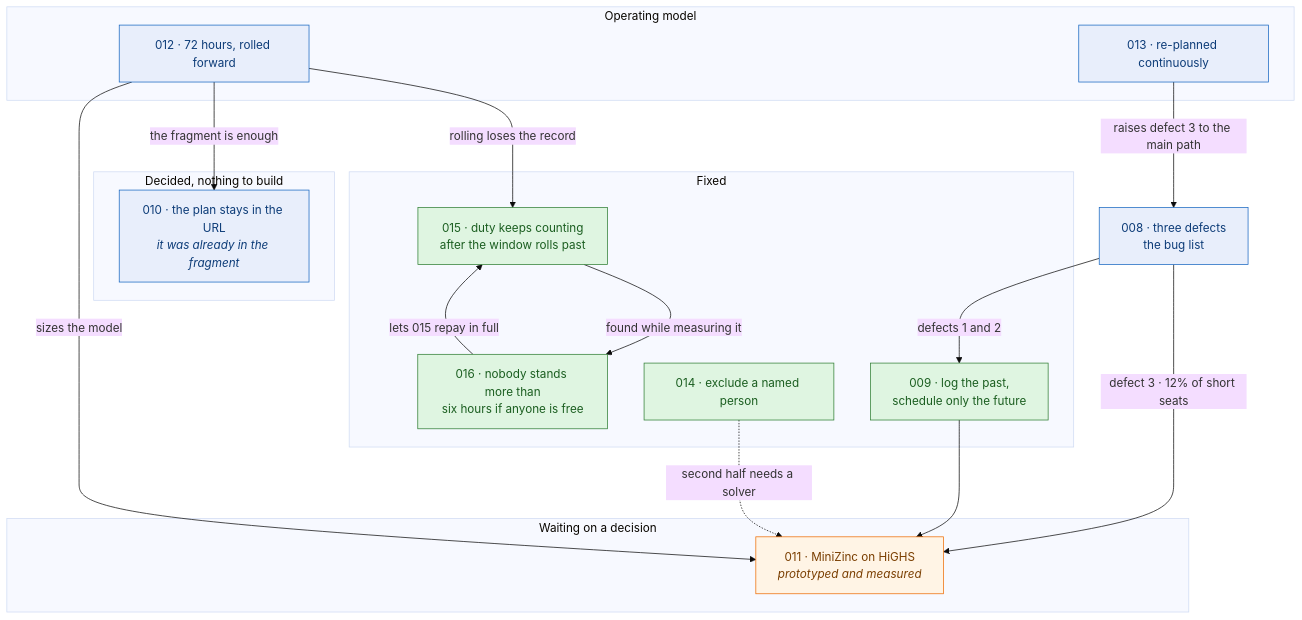
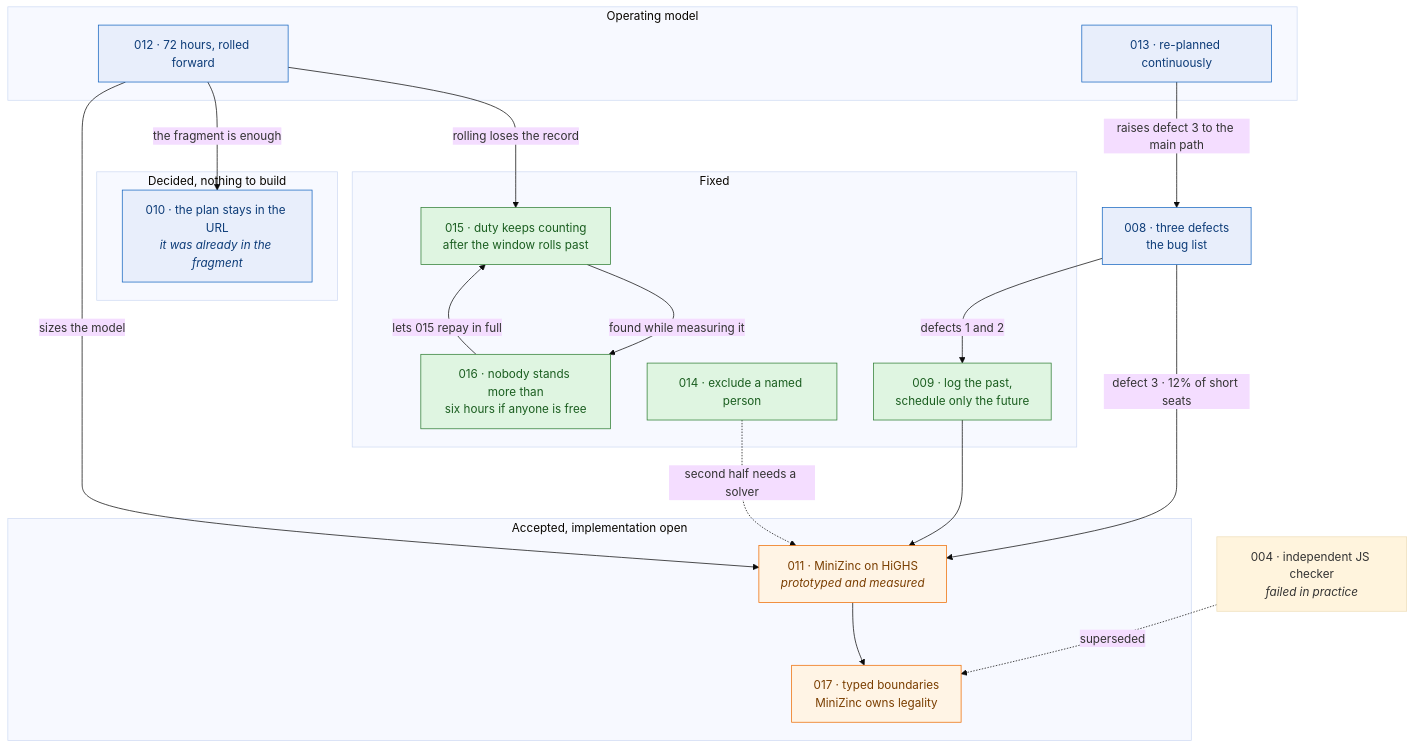
One commit to barakplasma/guard changed the diagram in docs/plans/README.md. Above: the diagram before and after it, drawn with Mermaid (base theme). The commit also changed other lines of this file and 3 other files, not shown here.

Commit message:
Document typed MiniZinc architecture

````diff
--- a/docs/plans/README.md
+++ b/docs/plans/README.md
@@ -29,42 +30,45 @@
 ```mermaid
 flowchart TB
     A008["008 · three defects<br/>the bug list"]
 
     subgraph fixed ["Fixed"]
         A009["009 · log the past,<br/>schedule only the future"]
         A015["015 · duty keeps counting<br/>after the window rolls past"]
         A014["014 · exclude a named person"]
         A016["016 · nobody stands more than<br/>six hours if anyone is free"]
     end
 
     subgraph decided ["Decided, nothing to build"]
         A010["010 · the plan stays in the URL<br/><i>it was already in the fragment</i>"]
     end
 
-    subgraph open ["Waiting on a decision"]
+    subgraph open ["Accepted, implementation open"]
         A011["011 · MiniZinc on HiGHS<br/><i>prototyped and measured</i>"]
+        A017["017 · typed boundaries<br/>MiniZinc owns legality"]
     end
 
     subgraph frame ["Operating model"]
         A012["012 · 72 hours, rolled forward"]
         A013["013 · re-planned continuously"]
     end
 
     A008 -- "defects 1 and 2" --> A009
     A008 -- "defect 3 · 12% of short seats" --> A011
     A012 -- "rolling loses the record" --> A015
     A013 -- "raises defect 3 to the main path" --> A008
     A012 -- "the fragment is enough" --> A010
     A012 -- "sizes the model" --> A011
     A009 --> A011
+    A004["004 · independent JS checker<br/><i>failed in practice</i>"] -. "superseded" .-> A017
+    A011 --> A017
     A015 -- "found while measuring it" --> A016
     A016 -- "lets 015 repay in full" --> A015
     A014 -. "second half needs a solver" .-> A011
 
     classDef done fill:#dff5e1,stroke:#2e7d32,color:#1b5e20
     classDef todo fill:#fff4e5,stroke:#ed6c02,color:#7a3e00
     classDef info fill:#e8eefb,stroke:#1565c0,color:#0d3c78
     class A009,A015,A014,A016 done
-    class A011 todo
+    class A011,A017 todo
     class A008,A010,A012,A013 info
 ```
````
